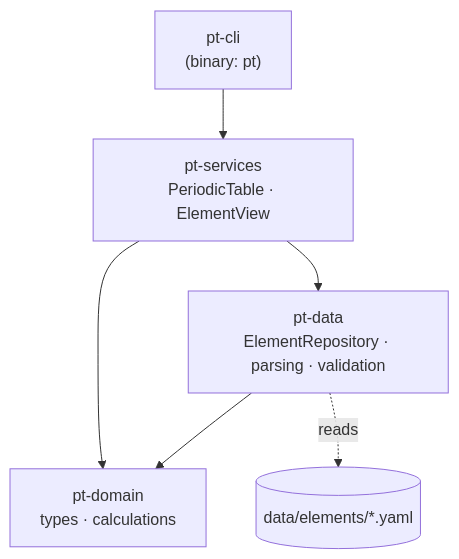
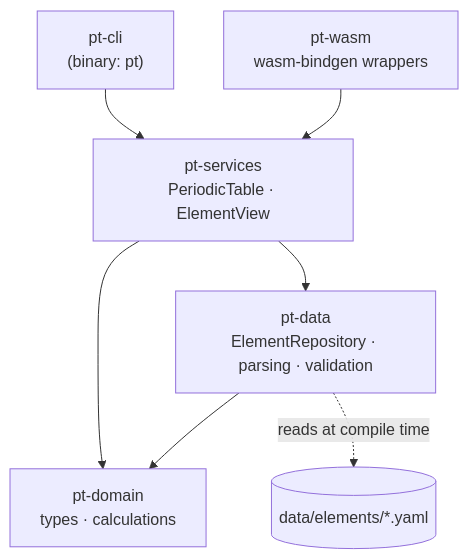
One commit to samutayuga/sam-periodic-table changed the first of 4 diagrams in README.md. Above: the diagram before and after it, drawn with Mermaid. The commit also changed other lines of this file and 4 other files, not shown here.

````diff
--- a/README.md
+++ b/README.md
@@ -34,8 +36,9 @@
 ```mermaid
 flowchart TD
     CLI["pt-cli<br/>(binary: pt)"] --> SVC["pt-services<br/>PeriodicTable · ElementView"]
+    WASM["pt-wasm<br/>wasm-bindgen wrappers"] --> SVC
     SVC --> DATA["pt-data<br/>ElementRepository · parsing · validation"]
     SVC --> DOM["pt-domain<br/>types · calculations"]
     DATA --> DOM
-    DATA -. reads .-> YAML[("data/elements/*.yaml")]
+    DATA -. reads at compile time .-> YAML[("data/elements/*.yaml")]
 ```
````
